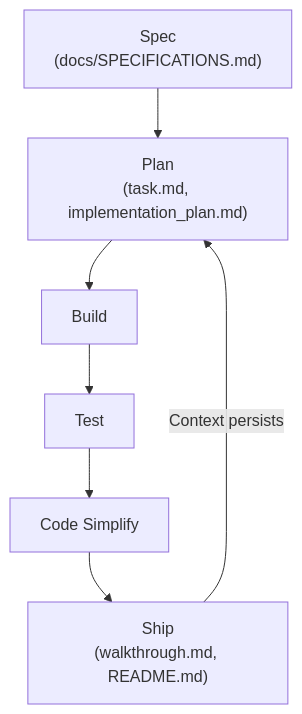
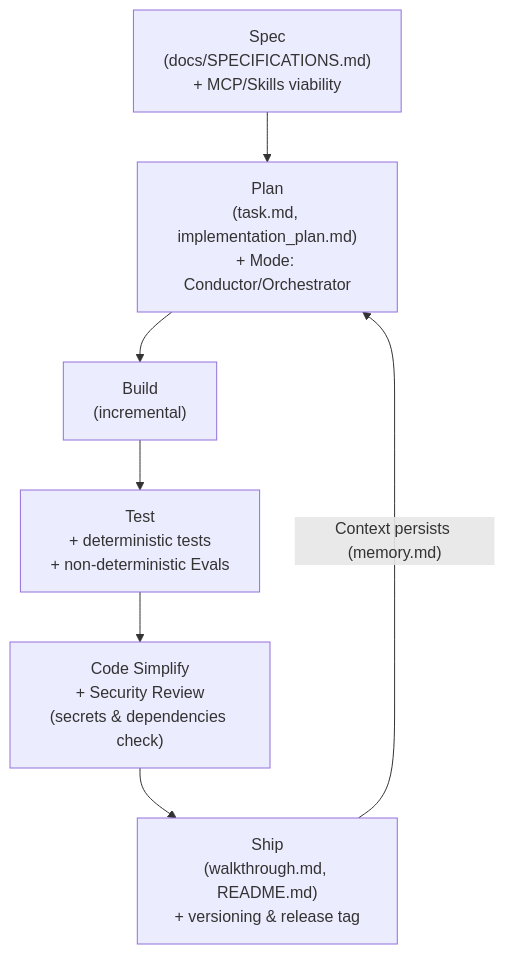
One commit to davidbuenov/dbv-specs-ops changed the first of 2 diagrams in README.md. Above: the diagram before and after it, drawn with Mermaid. The commit also changed other lines of this file and 11 other files, not shown here.

````diff
--- a/README.md
+++ b/README.md
@@ -68,9 +73,9 @@
 ```mermaid
 flowchart TD
-    Spec["Spec<br/>(docs/SPECIFICATIONS.md)"] --> Plan["Plan<br/>(task.md, implementation_plan.md)"]
-    Plan --> Build["Build"]
-    Build --> Test["Test"]
-    Test --> Simplify["Code Simplify"]
-    Simplify --> Ship["Ship<br/>(walkthrough.md, README.md)"]
-    Ship -- "Context persists" --> Plan
+    Spec["Spec<br/>(docs/SPECIFICATIONS.md)<br/>+ MCP/Skills viability"] --> Plan["Plan<br/>(task.md, implementation_plan.md)<br/>+ Mode: Conductor/Orchestrator"]
+    Plan --> Build["Build<br/>(incremental)"]
+    Build --> Test["Test<br/>+ deterministic tests<br/>+ non-deterministic Evals"]
+    Test --> Simplify["Code Simplify<br/>+ Security Review<br/>(secrets & dependencies check)"]
+    Simplify --> Ship["Ship<br/>(walkthrough.md, README.md)<br/>+ versioning & release tag"]
+    Ship -- "Context persists (memory.md)" --> Plan
 ```
````
